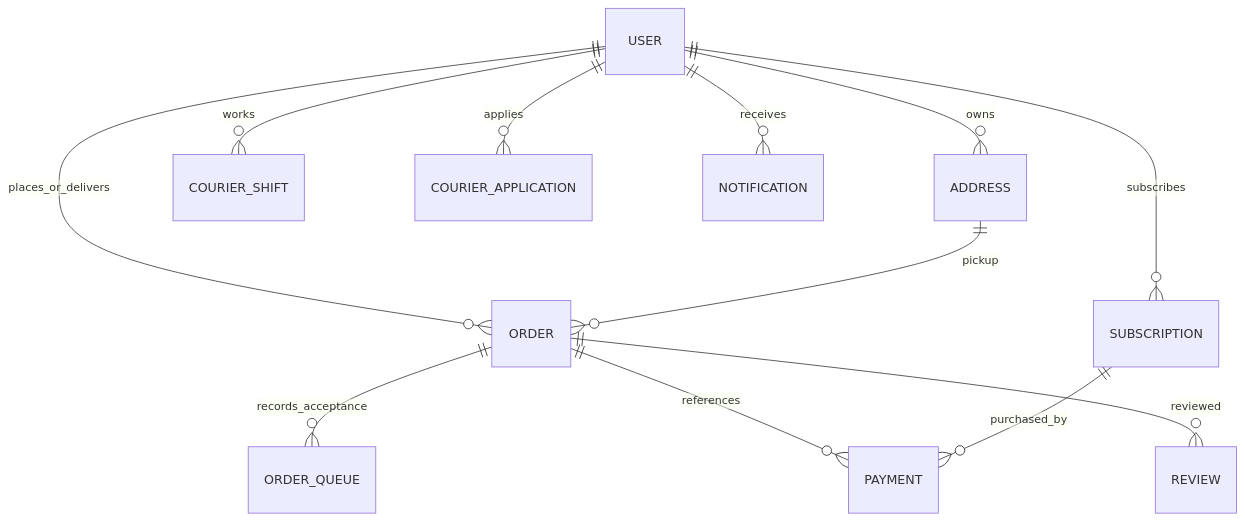
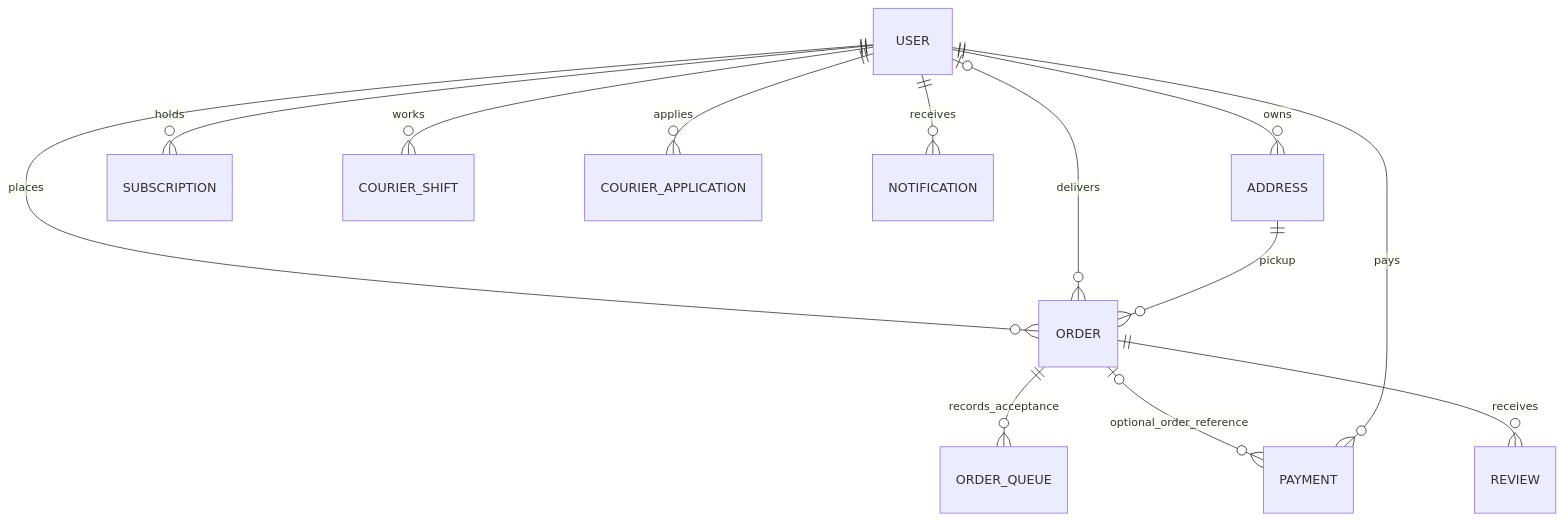
One commit to br1maks/EcoHaul changed the second of 4 diagrams in docs/architecture.md. Above: the diagram before and after it, drawn with Mermaid. The commit also changed other lines of this file and 2 other files, not shown here.

Commit message:
docs: explain security boundaries and architectural tradeoffs

````diff
--- a/docs/architecture.md
+++ b/docs/architecture.md
@@ -48,14 +66,15 @@
 ```mermaid
 erDiagram
     USER ||--o{ ADDRESS : owns
-    USER ||--o{ ORDER : places_or_delivers
+    USER ||--o{ ORDER : places
+    USER o|--o{ ORDER : delivers
     ADDRESS ||--o{ ORDER : pickup
     ORDER ||--o{ ORDER_QUEUE : records_acceptance
-    ORDER ||--o{ PAYMENT : references
-    USER ||--o{ SUBSCRIPTION : subscribes
-    SUBSCRIPTION ||--o{ PAYMENT : purchased_by
+    ORDER o|--o{ PAYMENT : optional_order_reference
+    USER ||--o{ PAYMENT : pays
+    USER ||--o{ SUBSCRIPTION : holds
     USER ||--o{ COURIER_SHIFT : works
     USER ||--o{ COURIER_APPLICATION : applies
-    ORDER ||--o{ REVIEW : reviewed
+    ORDER ||--o{ REVIEW : receives
     USER ||--o{ NOTIFICATION : receives
 ```
````
